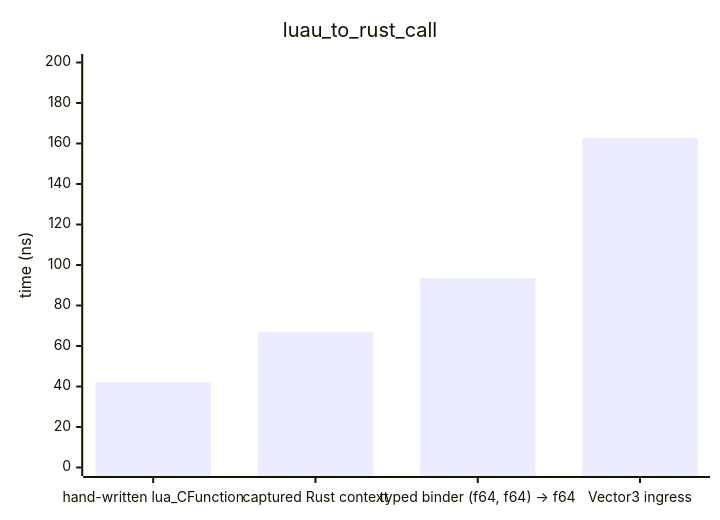
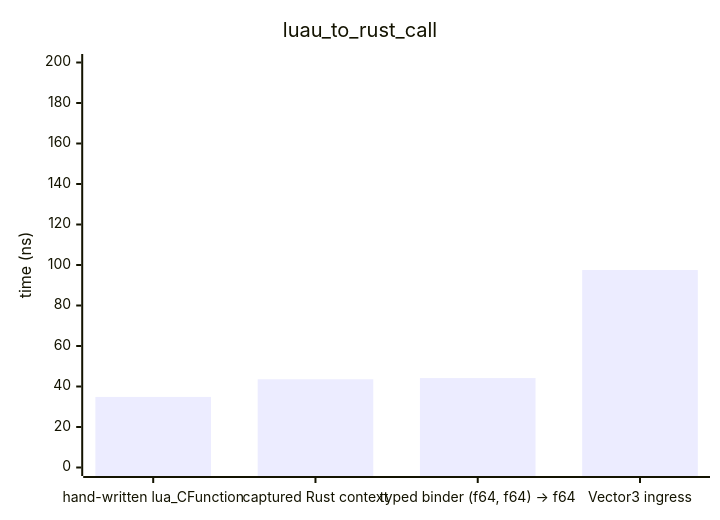
One commit to DreamWeave-MP/l3i changed the second of 8 diagrams in BENCHMARKS.md. Above: the diagram before and after it, drawn with Mermaid. The commit also changed other lines of this file and 1 other file, not shown here.

````diff
--- a/BENCHMARKS.md
+++ b/BENCHMARKS.md
@@ -36,7 +36,7 @@
 ```mermaid
 xychart-beta
     title "luau_to_rust_call"
     x-axis ["hand-written lua_CFunction", "captured Rust context", "typed binder (f64, f64) -> f64", "Vector3 ingress"]
     y-axis "time (ns)" 0 --> 200.00
-    bar [42.14, 67.08, 93.68, 162.63]
+    bar [34.84, 43.57, 44.17, 97.51]
 ```
````
